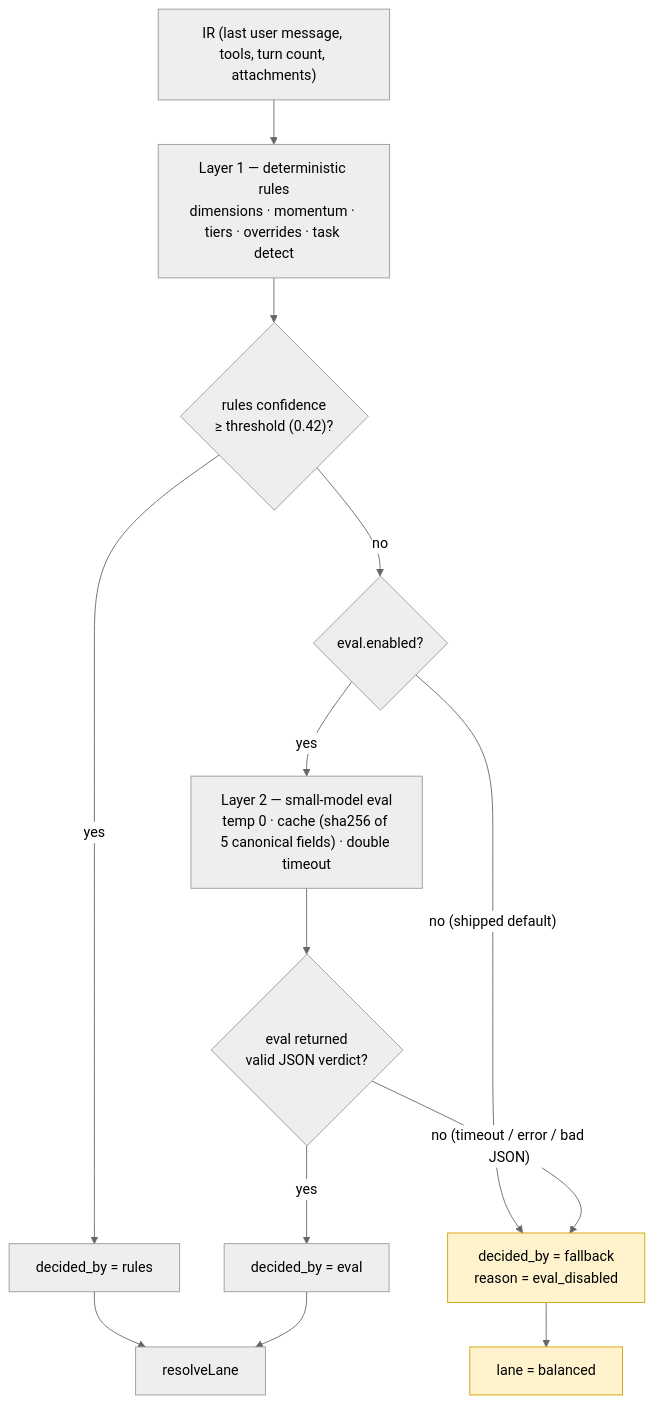
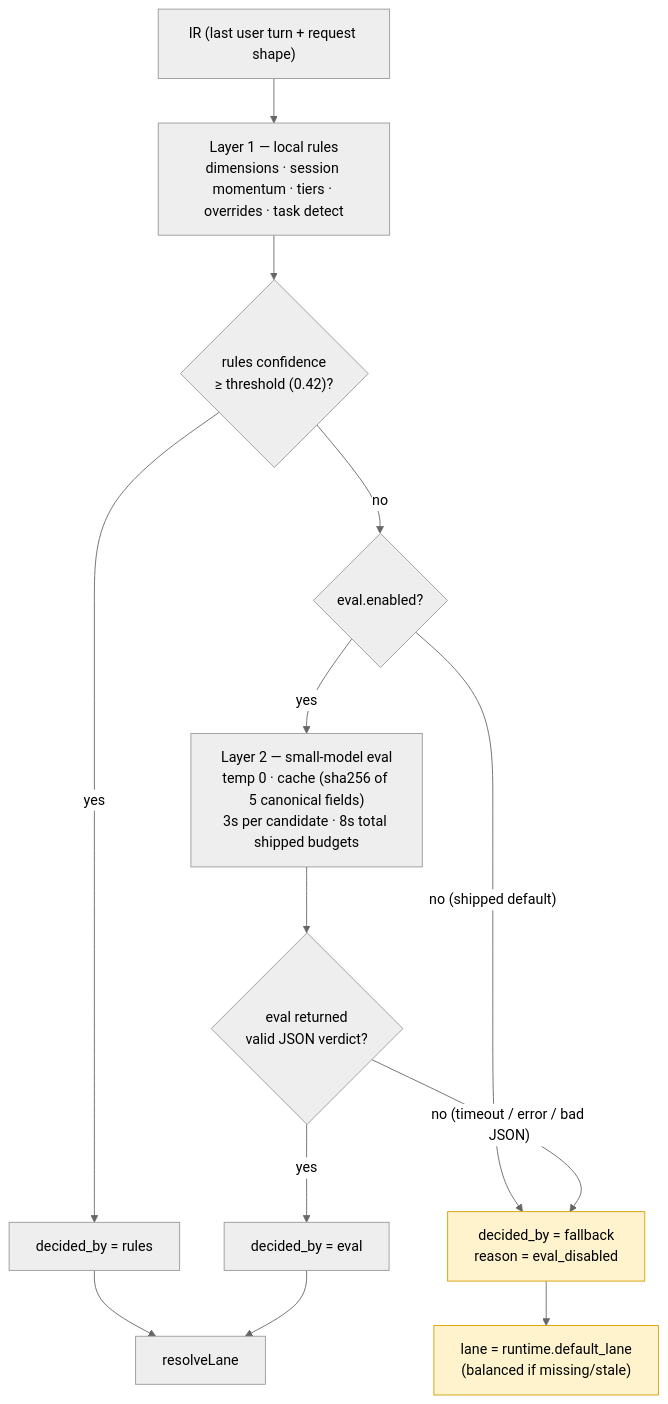
The fifth of 13 diagrams in docs/architecture.md (EasyMetaAu/helm-api), drawn with Mermaid (neutral theme) before and after one commit. The commit also changed other lines of this file and 30 other files, not shown here.

````diff
--- a/docs/architecture.md
+++ b/docs/architecture.md
@@ -222,18 +287,18 @@
 ```mermaid
 flowchart TD
-    A["IR (last user message, tools, turn count, attachments)"] --> B["Layer 1 — deterministic rules<br/>dimensions · momentum · tiers · overrides · task detect"]
+    A["IR (last user turn + request shape)"] --> B["Layer 1 — local rules<br/>dimensions · session momentum · tiers · overrides · task detect"]
     B --> C{"rules confidence<br/>≥ threshold (0.42)?"}
     C -- "yes" --> RULES["decided_by = rules"]
     C -- "no" --> D{"eval.enabled?"}
     D -- "no (shipped default)" --> FB["decided_by = fallback<br/>reason = eval_disabled"]
-    D -- "yes" --> E["Layer 2 — small-model eval<br/>temp 0 · cache (sha256 of 5 canonical fields) · double timeout"]
+    D -- "yes" --> E["Layer 2 — small-model eval<br/>temp 0 · cache (sha256 of 5 canonical fields)<br/>3s per candidate · 8s total shipped budgets"]
     E --> F{"eval returned<br/>valid JSON verdict?"}
     F -- "yes" --> EVAL["decided_by = eval"]
     F -- "no (timeout / error / bad JSON)" --> FB
     RULES --> RL["resolveLane"]
     EVAL --> RL
-    FB --> BAL["lane = balanced"]
+    FB --> BAL["lane = runtime.default_lane<br/>(balanced if missing/stale)"]
 
     style FB fill:#fff3cd,stroke:#d39e00
     style BAL fill:#fff3cd,stroke:#d39e00
 ```
````
